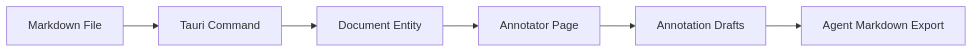
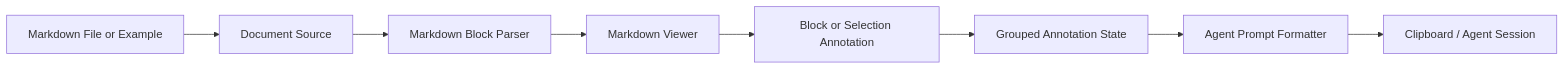
One commit to yoophi/markdown-annotator changed the diagram in README.md. Above: the diagram before and after it, drawn with Mermaid. The commit also changed other lines of this file, not shown here.

````diff
--- a/README.md
+++ b/README.md
@@ -13,8 +24,10 @@
 ```mermaid
 flowchart LR
-  A[Markdown File] --> B[Tauri Command]
-  B --> C[Document Entity]
-  C --> D[Annotator Page]
-  D --> E[Annotation Drafts]
-  E --> F[Agent Markdown Export]
+  A[Markdown File or Example] --> B[Document Source]
+  B --> C[Markdown Block Parser]
+  C --> D[Markdown Viewer]
+  D --> E[Block or Selection Annotation]
+  E --> F[Grouped Annotation State]
+  F --> G[Agent Prompt Formatter]
+  G --> H[Clipboard / Agent Session]
 ```
````
